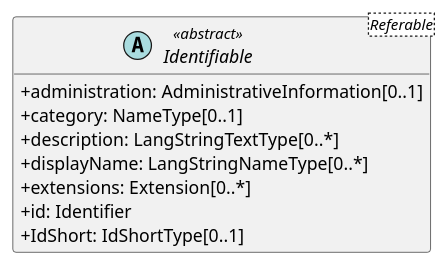
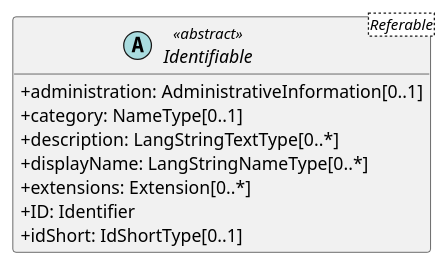
One commit to zrgt/py2puml changed the diagram in output/classes/Identifiable.puml. Above: the diagram before and after it, drawn with PlantUML. The commit also changed 133 other files, not shown here.

```diff
--- a/output/classes/Identifiable.puml
+++ b/output/classes/Identifiable.puml
@@ -1,14 +1,14 @@
 @startuml
 skinparam classAttributeIconSize 0
 hide methods
 
 abstract class Identifiable<Referable> <<abstract>> {
   +administration: AdministrativeInformation[0..1] 
   +category: NameType[0..1] 
   +description: LangStringTextType[0..*] 
   +displayName: LangStringNameType[0..*] 
   +extensions: Extension[0..*] 
-  +id: Identifier 
-  +IdShort: IdShortType[0..1] 
+  +ID: Identifier 
+  +idShort: IdShortType[0..1] 
 }
 @enduml
```
